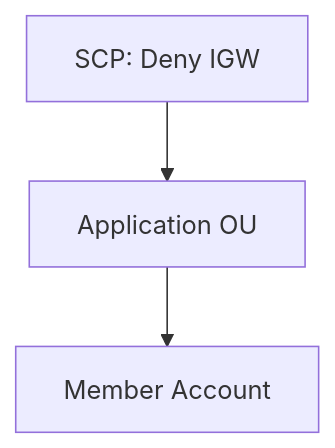
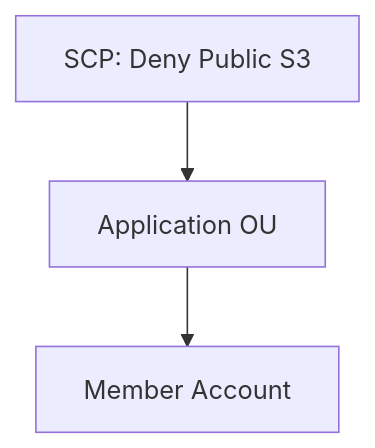
Diagram 16 of 30 in README.md (Devopstrio/hybrid-landingzone), drawn with Mermaid before and after one commit. The commit also changed other lines of this file, not shown here.

Commit message:
docs: finalize premium institutional-grade README with 30+ diagrams and executive summary

````diff
--- a/README.md
+++ b/README.md
@@ -152,5 +210,5 @@
 ```mermaid
 graph TD
-    SCP[SCP: Deny IGW] --> OU[Application OU]
+    SCP[SCP: Deny Public S3] --> OU[Application OU]
     OU --> Acc[Member Account]
 ```
````
